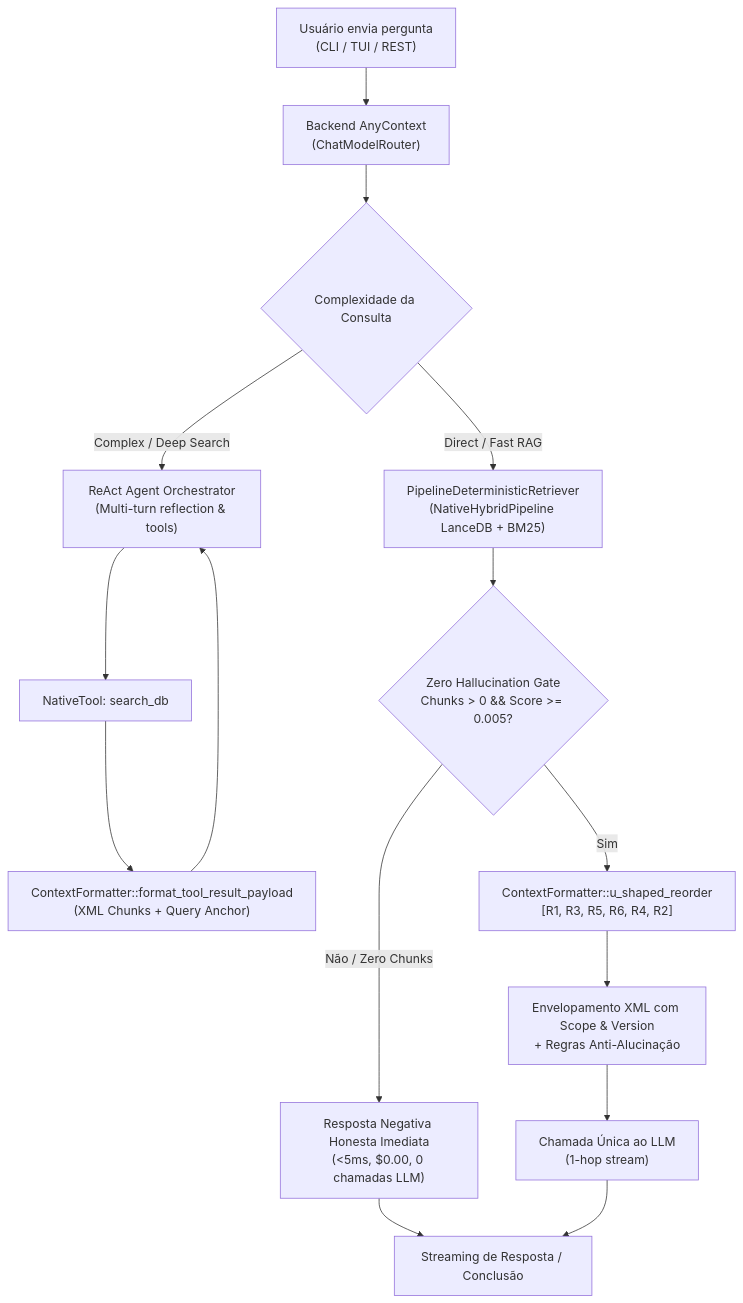
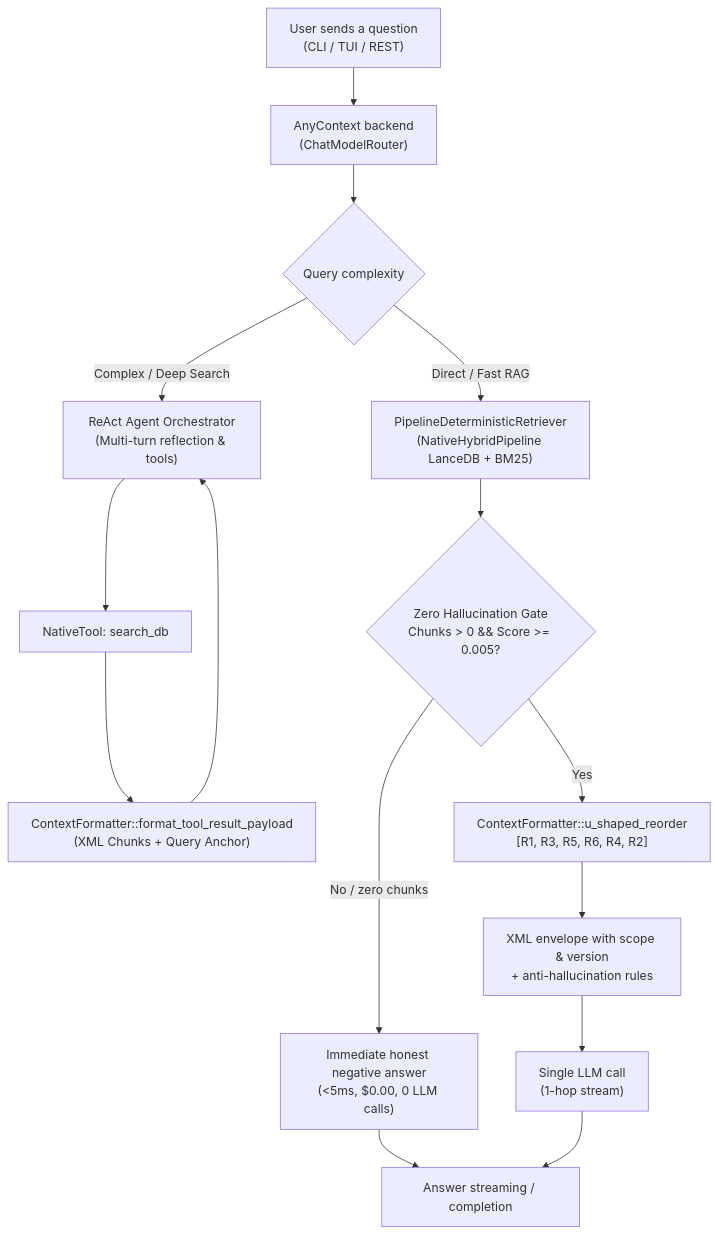
Before and after one commit to Levix-Digital/any-context: the diagram in docs/adr/0128-backend-first-deterministic-dual-rag.md, drawn with Mermaid. The commit also changed other lines of this file and 23 other files, not shown here.

````diff
--- a/docs/adr/0128-backend-first-deterministic-dual-rag.md
+++ b/docs/adr/0128-backend-first-deterministic-dual-rag.md
@@ -42,23 +35,23 @@
 ```mermaid
 flowchart TD
-    USER["Usuário envia pergunta<br/>(CLI / TUI / REST)"] --> BACKEND["Backend AnyContext<br/>(ChatModelRouter)"]
-    
-    BACKEND --> ROUTER_DECISION{"Complexidade da Consulta"}
-    
+    USER["User sends a question<br/>(CLI / TUI / REST)"] --> BACKEND["AnyContext backend<br/>(ChatModelRouter)"]
+
+    BACKEND --> ROUTER_DECISION{"Query complexity"}
+
     ROUTER_DECISION -->|Complex / Deep Search| REACT["ReAct Agent Orchestrator<br/>(Multi-turn reflection & tools)"]
     REACT --> TOOL_EXEC["NativeTool: search_db"]
     TOOL_EXEC --> FORMAT_TOOL["ContextFormatter::format_tool_result_payload<br/>(XML Chunks + Query Anchor)"]
     FORMAT_TOOL --> REACT
-    
+
     ROUTER_DECISION -->|Direct / Fast RAG| DET_RETRIEVER["PipelineDeterministicRetriever<br/>(NativeHybridPipeline LanceDB + BM25)"]
-    
+
     DET_RETRIEVER --> GATE{"Zero Hallucination Gate<br/>Chunks > 0 && Score >= 0.005?"}
-    
-    GATE -->|Não / Zero Chunks| ZERO_PATH["Resposta Negativa Honesta Imediata<br/>(<5ms, $0.00, 0 chamadas LLM)"]
-    ZERO_PATH --> STREAM_OUT["Streaming de Resposta / Conclusão"]
-    
-    GATE -->|Sim| U_SHAPE["ContextFormatter::u_shaped_reorder<br/>[R1, R3, R5, R6, R4, R2]"]
-    U_SHAPE --> XML_ENVELOPE["Envelopamento XML com Scope & Version<br/>+ Regras Anti-Alucinação"]
-    XML_ENVELOPE --> ONE_HOP["Chamada Única ao LLM<br/>(1-hop stream)"]
+
+    GATE -->|No / zero chunks| ZERO_PATH["Immediate honest negative answer<br/>(<5ms, $0.00, 0 LLM calls)"]
+    ZERO_PATH --> STREAM_OUT["Answer streaming / completion"]
+
+    GATE -->|Yes| U_SHAPE["ContextFormatter::u_shaped_reorder<br/>[R1, R3, R5, R6, R4, R2]"]
+    U_SHAPE --> XML_ENVELOPE["XML envelope with scope & version<br/>+ anti-hallucination rules"]
+    XML_ENVELOPE --> ONE_HOP["Single LLM call<br/>(1-hop stream)"]
     ONE_HOP --> STREAM_OUT
 ```
````
